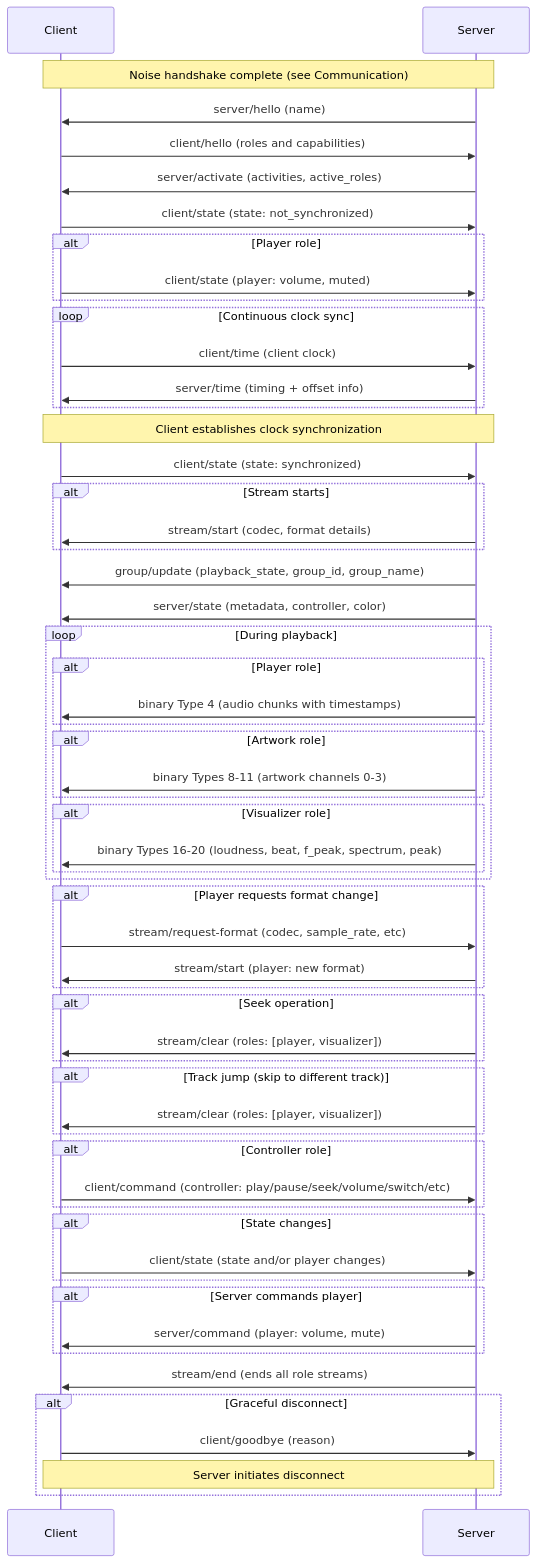
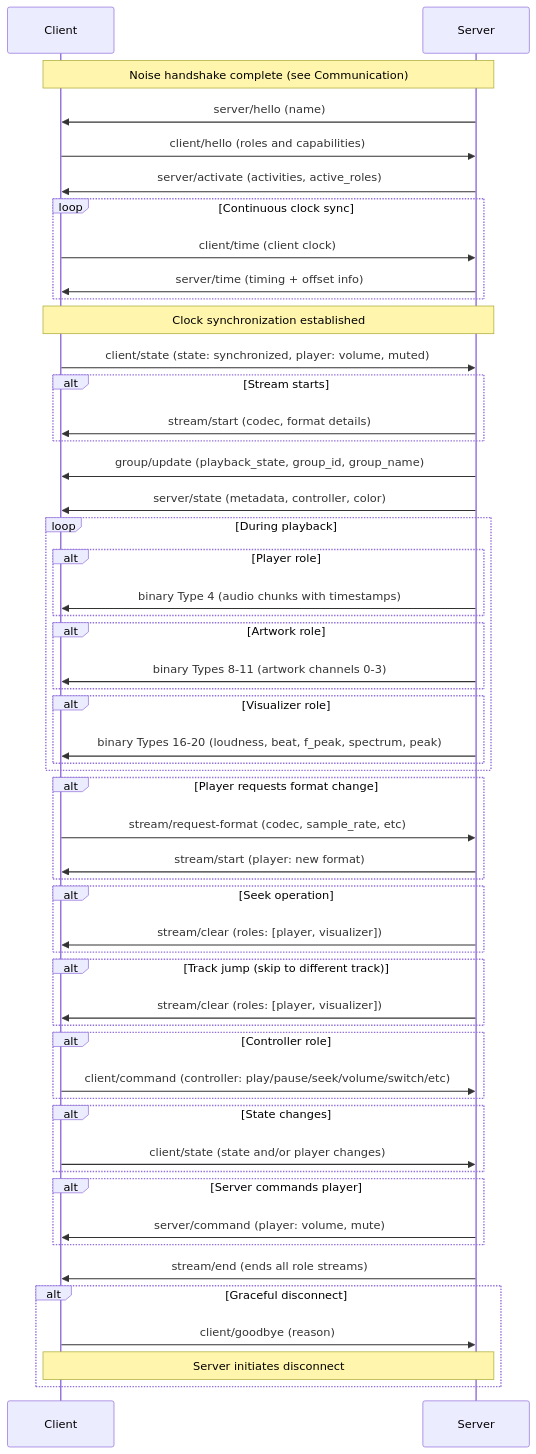
The first of 4 diagrams in README.md (Resonate-Protocol/spec), drawn with Mermaid before and after one commit. The commit also changed other lines of this file, not shown here.

Commit message:
Drop non_synchronized state

````diff
--- a/README.md
+++ b/README.md
@@ -342,75 +342,70 @@
 ```mermaid
 sequenceDiagram
     participant Client
     participant Server
 
     Note over Client,Server: Noise handshake complete (see Communication)
 
     Server->>Client: server/hello (name)
     Client->>Server: client/hello (roles and capabilities)
     Server->>Client: server/activate (activities, active_roles)
 
-    Client->>Server: client/state (state: not_synchronized)
-    alt Player role
-        Client->>Server: client/state (player: volume, muted)
-    end
-
     loop Continuous clock sync
         Client->>Server: client/time (client clock)
         Server->>Client: server/time (timing + offset info)
     end
 
-    Note over Client,Server: Client establishes clock synchronization
-    Client->>Server: client/state (state: synchronized)
+    Note over Client,Server: Clock synchronization established
+    Client->>Server: client/state (state: synchronized, player: volume, muted)
 
     alt Stream starts
         Server->>Client: stream/start (codec, format details)
     end
 
     Server->>Client: group/update (playback_state, group_id, group_name)
     Server->>Client: server/state (metadata, controller, color)
 
     loop During playback
         alt Player role
             Server->>Client: binary Type 4 (audio chunks with timestamps)
         end
         alt Artwork role
             Server->>Client: binary Types 8-11 (artwork channels 0-3)
         end
         alt Visualizer role
             Server->>Client: binary Types 16-20 (loudness, beat, f_peak, spectrum, peak)
         end
     end
 
     alt Player requests format change
         Client->>Server: stream/request-format (codec, sample_rate, etc)
         Server->>Client: stream/start (player: new format)
     end
 
     alt Seek operation
         Server->>Client: stream/clear (roles: [player, visualizer])
     end
 
     alt Track jump (skip to different track)
         Server->>Client: stream/clear (roles: [player, visualizer])
     end
 
     alt Controller role
         Client->>Server: client/command (controller: play/pause/seek/volume/switch/etc)
     end
 
     alt State changes
         Client->>Server: client/state (state and/or player changes)
     end
 
     alt Server commands player
         Server->>Client: server/command (player: volume, mute)
     end
 
     Server->>Client: stream/end (ends all role streams)
 
     alt Graceful disconnect
         Client->>Server: client/goodbye (reason)
         Note over Client,Server: Server initiates disconnect
     end
 ```
````
